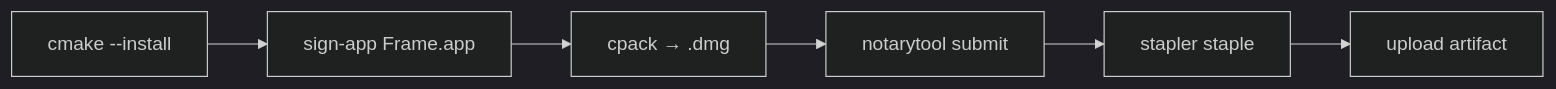
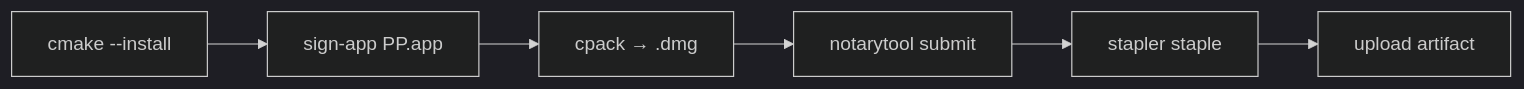
The diagram in docs/ops/MACOS_SIGNING.md (people-post/pp-browser), drawn with Mermaid (dark theme) before and after one commit. The commit also changed other lines of this file and 34 other files, not shown here.

````diff
--- a/docs/ops/MACOS_SIGNING.md
+++ b/docs/ops/MACOS_SIGNING.md
@@ -106,8 +106,8 @@
 ```mermaid
 flowchart LR
-  A[cmake --install] --> B[sign-app Frame.app]
+  A[cmake --install] --> B[sign-app PP.app]
   B --> C[cpack → .dmg]
   C --> D[notarytool submit]
   D --> E[stapler staple]
   E --> F[upload artifact]
 ```
````
